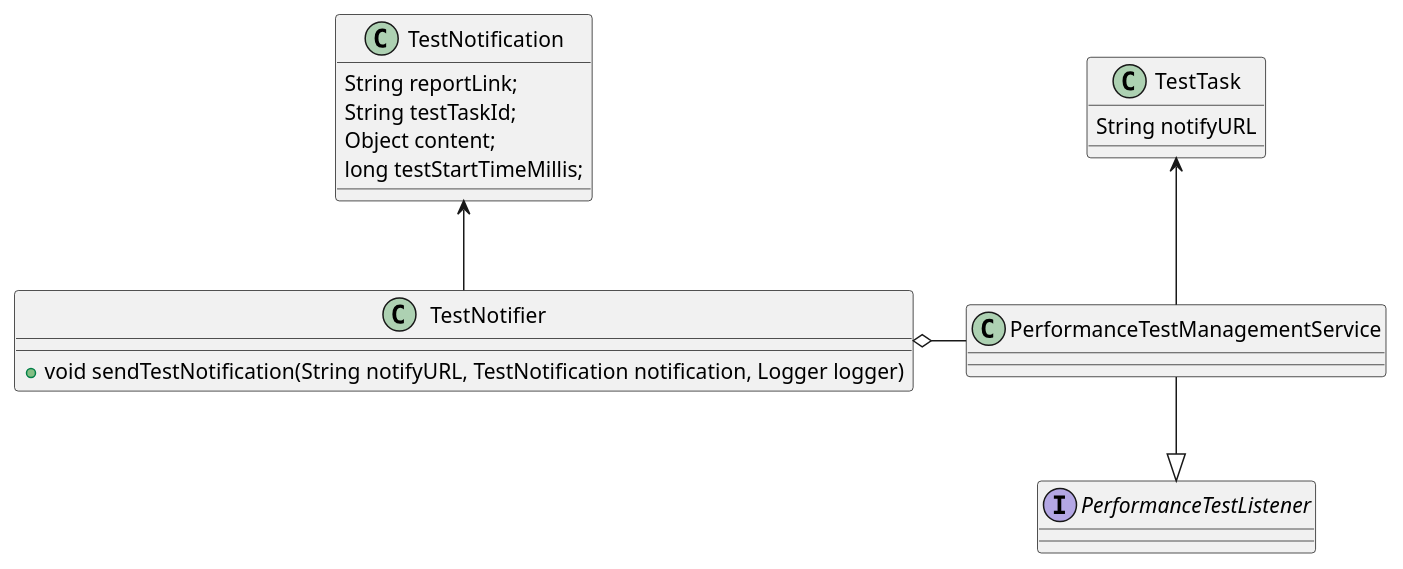
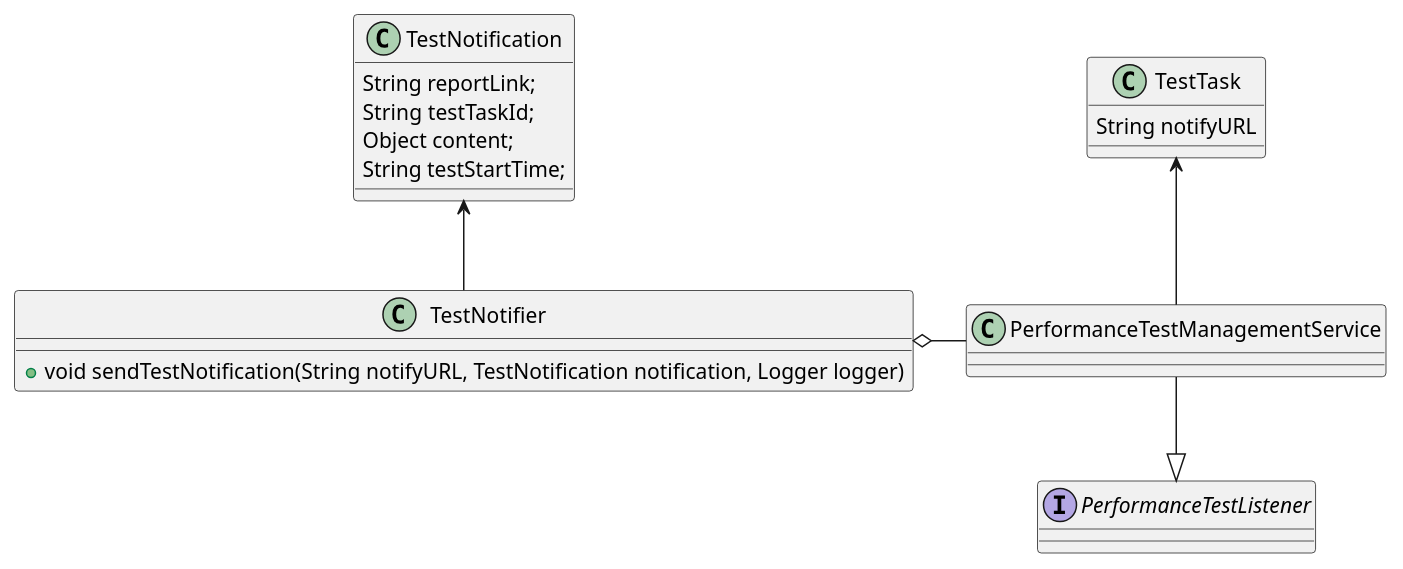
Before and after one commit to microsoft/HydraLab: the sixth of 7 diagrams in agent/doc/UML/performance_test_design.puml, drawn with PlantUML. The commit also changed other lines of this file and 1 other file, not shown here.

Commit message:
Update UML

```diff
--- a/agent/doc/UML/performance_test_design.puml
+++ b/agent/doc/UML/performance_test_design.puml
@@ -167,24 +167,24 @@
 @startuml test_notify_uml
 class TestTask {
     String notifyURL
 }
 
 class TestNotification {
     String reportLink;
     String testTaskId;
     Object content;
-    long testStartTimeMillis;
+    String testStartTime;
 }
 
 class TestNotifier {
     + void sendTestNotification(String notifyURL, TestNotification notification, Logger logger)
 }
 
 interface PerformanceTestListener {
 }
 
 PerformanceTestManagementService -u-> TestTask
 TestNotifier o- PerformanceTestManagementService
 TestNotifier -u-> TestNotification
 PerformanceTestManagementService -d-|> PerformanceTestListener
 @enduml
```
